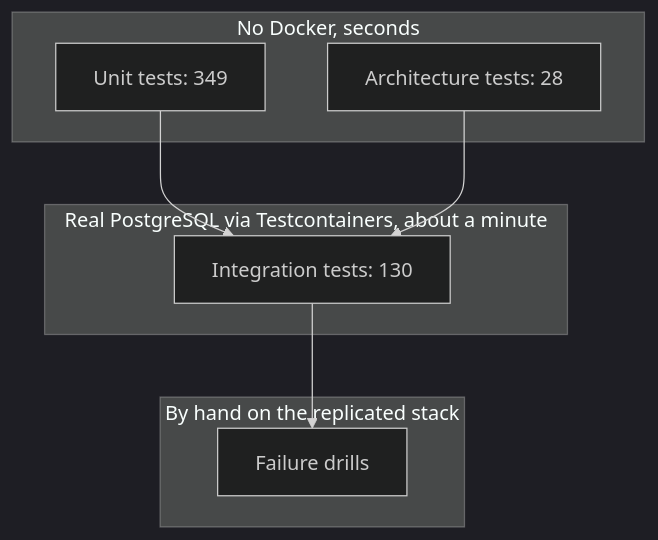
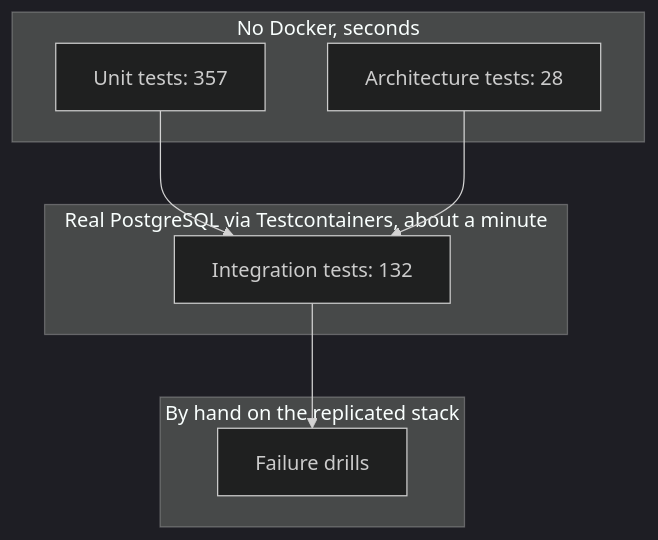
Before and after one commit to maysamgamini/crowdfundinghub: the diagram in tests/README.md, drawn with Mermaid (dark theme). The commit also changed 23 other files, not shown here.

````diff
--- a/tests/README.md
+++ b/tests/README.md
@@ -8,16 +8,16 @@
 ```mermaid
 flowchart TB
     subgraph Fast["No Docker, seconds"]
-        U["Unit tests: 349"]
+        U["Unit tests: 357"]
         A["Architecture tests: 28"]
     end
     subgraph Real["Real PostgreSQL via Testcontainers, about a minute"]
-        I["Integration tests: 130"]
+        I["Integration tests: 132"]
     end
     subgraph Hand["By hand on the replicated stack"]
         D["Failure drills"]
     end
     U --> I
     A --> I
     I --> D
 ```
````
